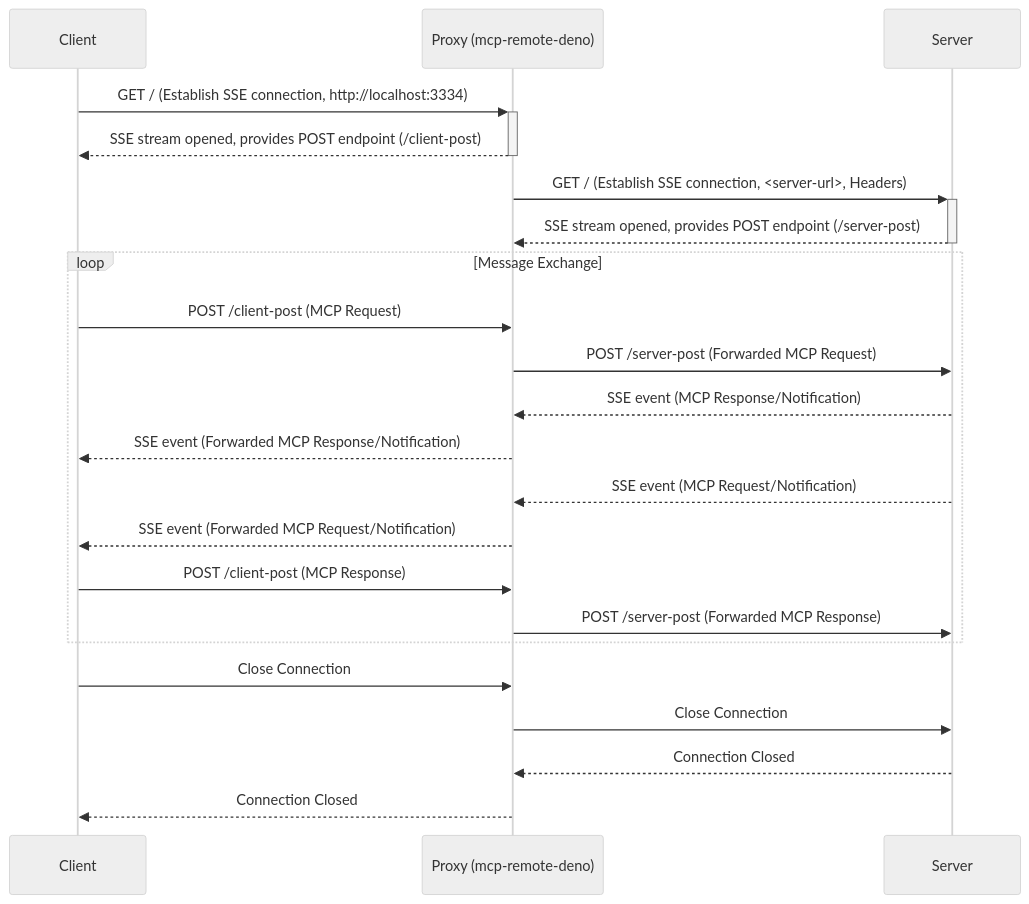
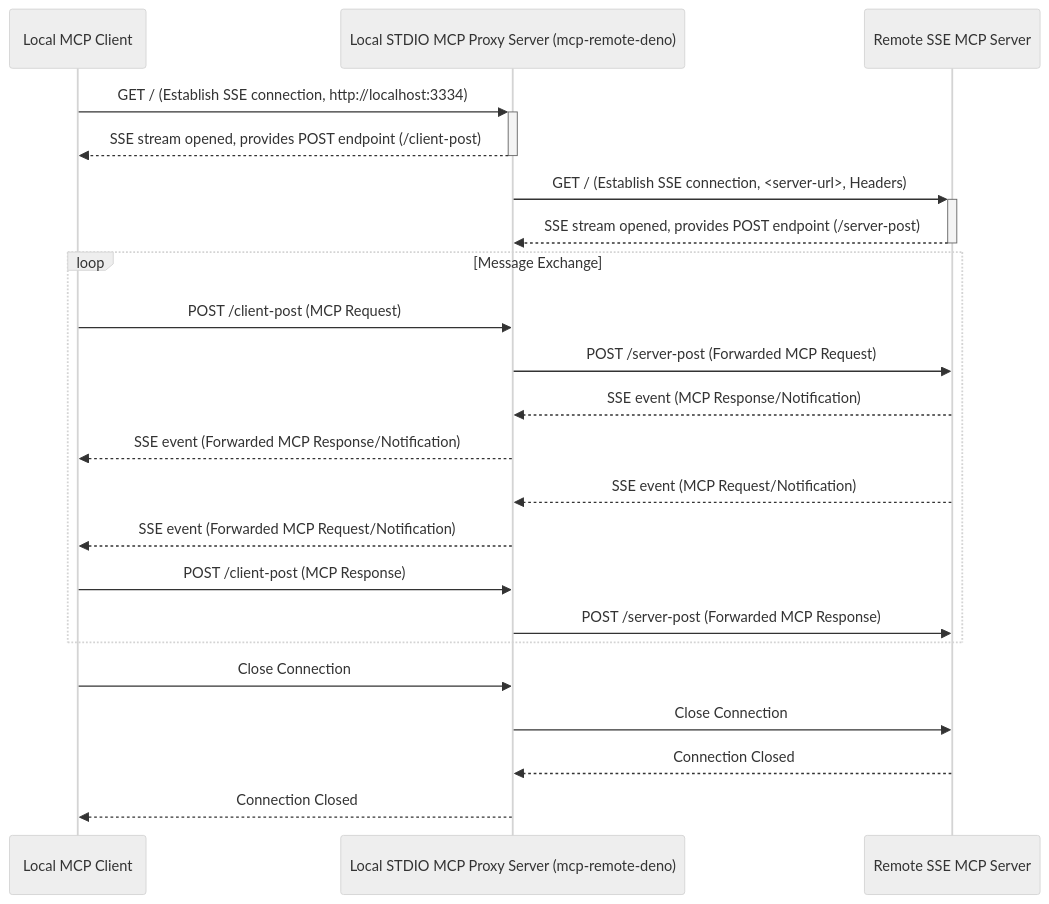
The diagram in README.md (mmizutani/mcp-remote-deno), drawn with Mermaid (neutral theme) before and after one commit. The commit also changed other lines of this file, not shown here.

Commit message:
Refine README: Update terminology for clarity, specifying 'Local MCP Client' and 'Remote SSE MCP Server' to enhance understanding of communication channels.

````diff
--- a/README.md
+++ b/README.md
@@ -129,29 +129,29 @@
 ```mermaid
 sequenceDiagram
-    participant Client
-    participant Proxy as Proxy (mcp-remote-deno)
-    participant Server
+    participant Client as Local MCP Client
+    participant Proxy as Local STDIO MCP Proxy Server (mcp-remote-deno)
+    participant Server as Remote SSE MCP Server
 
     Client->>+Proxy: GET / (Establish SSE connection, http://localhost:3334)
     Proxy-->>-Client: SSE stream opened, provides POST endpoint (/client-post)
 
     Proxy->>+Server: GET / (Establish SSE connection, <server-url>, Headers)
     Server-->>-Proxy: SSE stream opened, provides POST endpoint (/server-post)
 
     loop Message Exchange
         Client->>Proxy: POST /client-post (MCP Request)
         Proxy->>Server: POST /server-post (Forwarded MCP Request)
         Server-->>Proxy: SSE event (MCP Response/Notification)
         Proxy-->>Client: SSE event (Forwarded MCP Response/Notification)
 
         Server-->>Proxy: SSE event (MCP Request/Notification)
         Proxy-->>Client: SSE event (Forwarded MCP Request/Notification)
         Client->>Proxy: POST /client-post (MCP Response)
         Proxy->>Server: POST /server-post (Forwarded MCP Response)
     end
 
     Client->>Proxy: Close Connection
     Proxy->>Server: Close Connection
     Server-->>Proxy: Connection Closed
     Proxy-->>Client: Connection Closed
 ```
````
